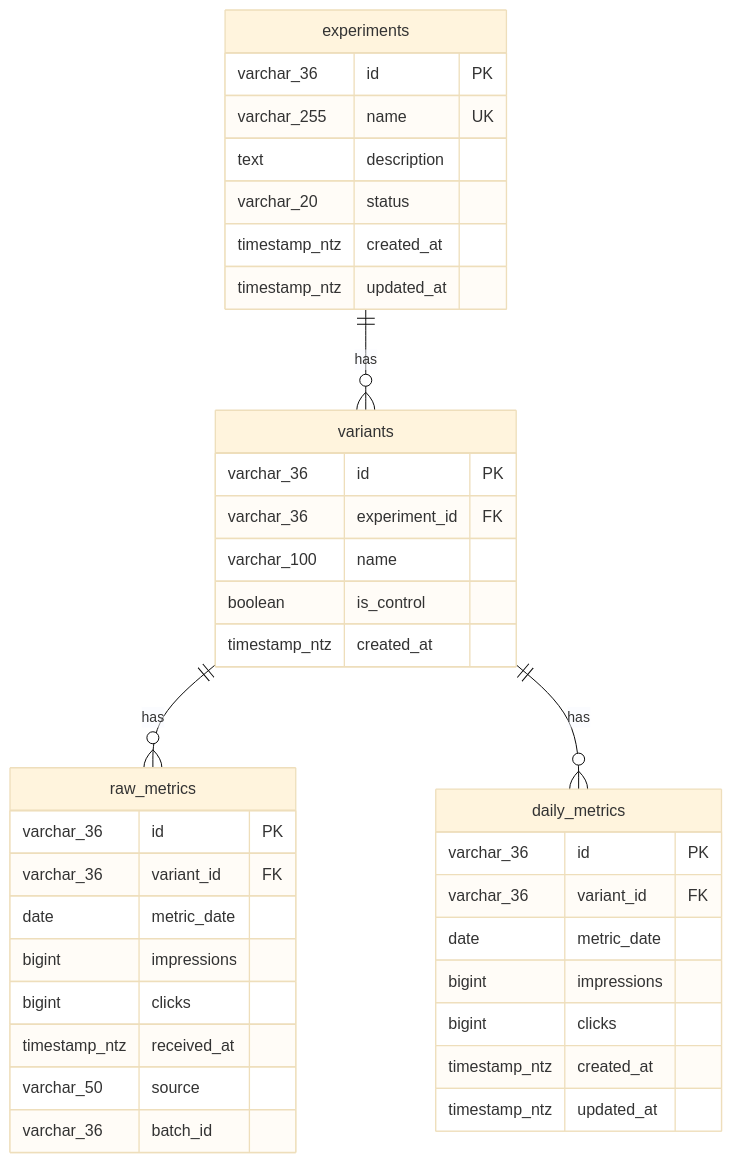
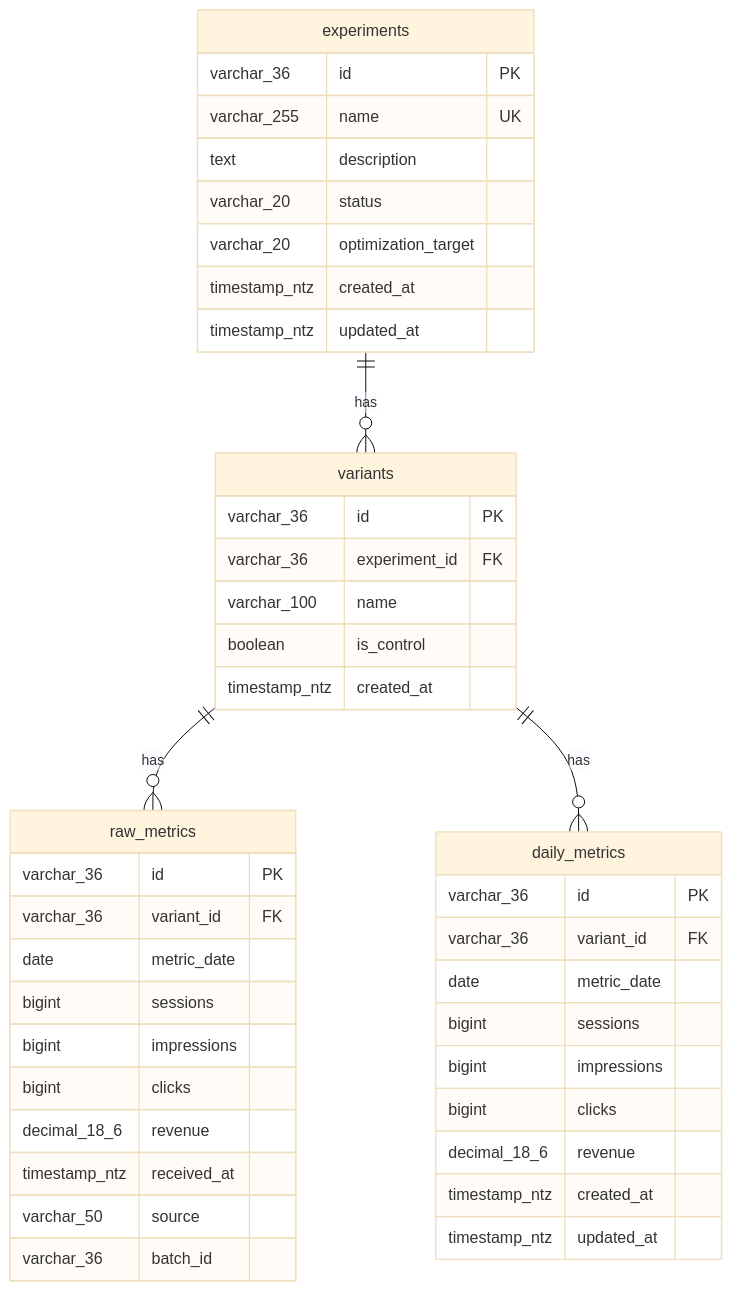
Before and after one commit to WillNery/mab-optimization-api: the diagram in mab-api-git/docs/ERD.md, drawn with Mermaid (base theme). The commit also changed other lines of this file, not shown here.

````diff
--- a/mab-api-git/docs/ERD.md
+++ b/mab-api-git/docs/ERD.md
@@ -5,44 +5,49 @@
 ```mermaid
 erDiagram
     experiments ||--o{ variants : "has"
     variants ||--o{ raw_metrics : "has"
     variants ||--o{ daily_metrics : "has"
 
     experiments {
         varchar_36 id PK
         varchar_255 name UK
         text description
         varchar_20 status
+        varchar_20 optimization_target
         timestamp_ntz created_at
         timestamp_ntz updated_at
     }
 
     variants {
         varchar_36 id PK
         varchar_36 experiment_id FK
         varchar_100 name
         boolean is_control
         timestamp_ntz created_at
     }
 
     raw_metrics {
         varchar_36 id PK
         varchar_36 variant_id FK
         date metric_date
+        bigint sessions
         bigint impressions
         bigint clicks
+        decimal_18_6 revenue
         timestamp_ntz received_at
         varchar_50 source
         varchar_36 batch_id
     }
 
     daily_metrics {
         varchar_36 id PK
         varchar_36 variant_id FK
         date metric_date
+        bigint sessions
         bigint impressions
         bigint clicks
+        decimal_18_6 revenue
         timestamp_ntz created_at
         timestamp_ntz updated_at
     }
 ```
````
